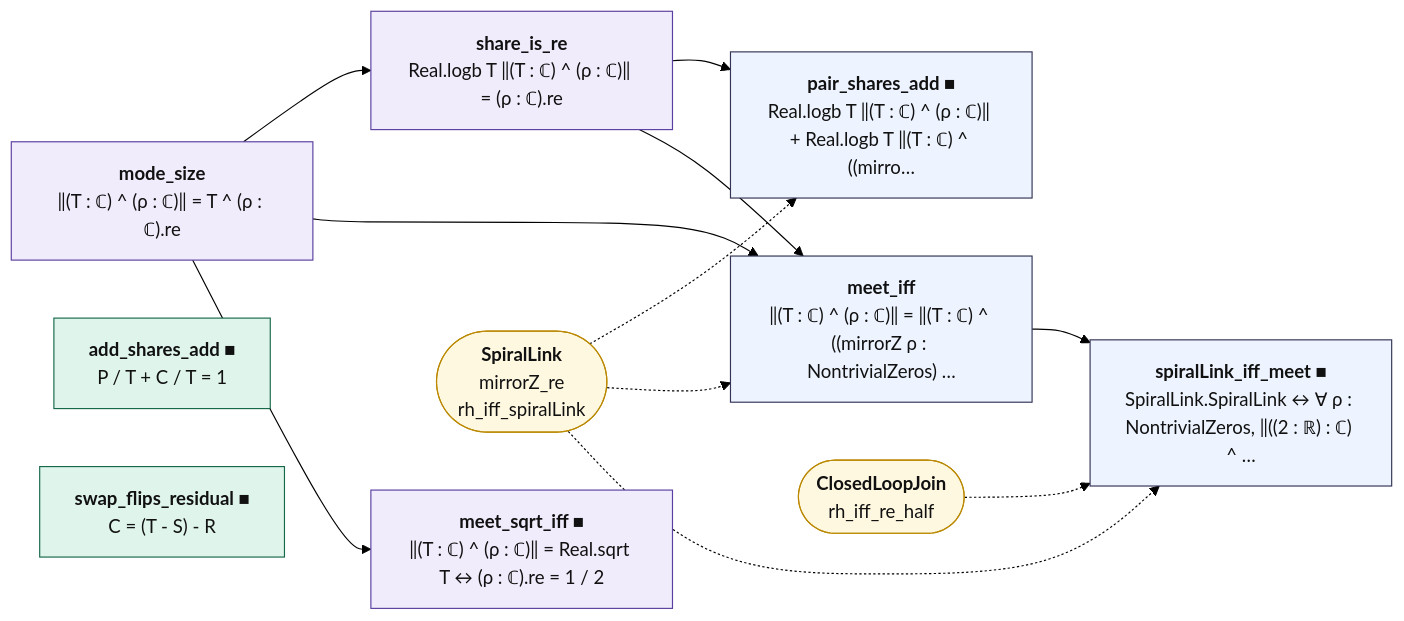
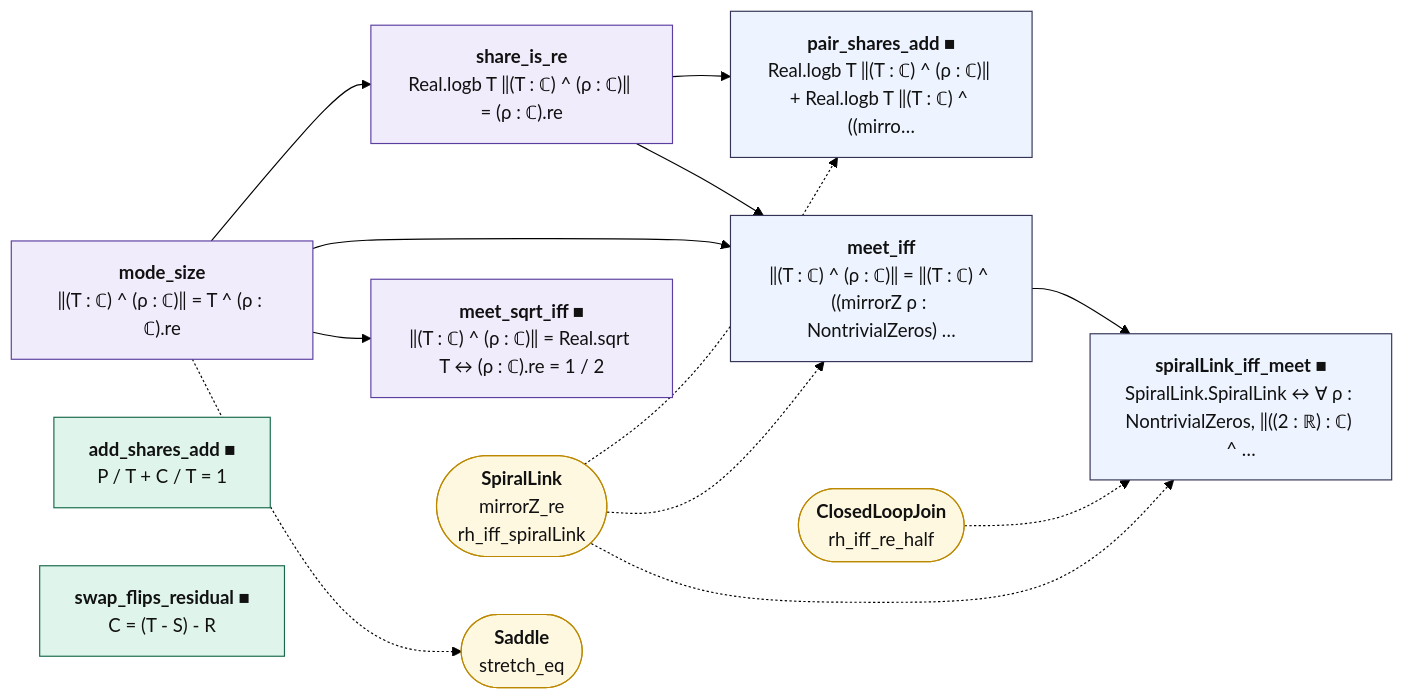
Before and after one commit to juliansambranojr/Primebeat_081426: the diagram in map/lean_stage3/ShareLink.mmd, drawn with Mermaid (forest theme). The commit also changed 38 other files, not shown here.

First line of the commit message:
Block J7: stretch and fold; a zero off the line is a saddle and the staircase runs away (unit 0495)

```diff
--- a/map/lean_stage3/ShareLink.mmd
+++ b/map/lean_stage3/ShareLink.mmd
@@ -1,29 +1,31 @@
 flowchart LR
   n0["<b>mode_size</b><br/>‖(T : ℂ) ^ (ρ : ℂ)‖ = T ^ (ρ : ℂ).re"]:::shp
   n1["<b>share_is_re</b><br/>Real.logb T ‖(T : ℂ) ^ (ρ : ℂ)‖ = (ρ : ℂ).re"]:::shp
   n2["<b>pair_shares_add ■</b><br/>Real.logb T ‖(T : ℂ) ^ (ρ : ℂ)‖ + Real.logb T ‖(T : ℂ) ^ ((mirro…"]:::thm
   n3["<b>add_shares_add ■</b><br/>P / T + C / T = 1"]:::cnt
   n4["<b>meet_iff</b><br/>‖(T : ℂ) ^ (ρ : ℂ)‖ = ‖(T : ℂ) ^ ((mirrorZ ρ : NontrivialZeros) …"]:::thm
   n5["<b>meet_sqrt_iff ■</b><br/>‖(T : ℂ) ^ (ρ : ℂ)‖ = Real.sqrt T ↔ (ρ : ℂ).re = 1 / 2"]:::shp
   n6["<b>swap_flips_residual ■</b><br/>C = (T - S) - R"]:::cnt
   n7["<b>spiralLink_iff_meet ■</b><br/>SpiralLink.SpiralLink ↔ ∀ ρ : NontrivialZeros, ‖((2 : ℝ) : ℂ) ^ …"]:::thm
-  x0(["<b>SpiralLink</b><br/>mirrorZ_re<br/>rh_iff_spiralLink"]):::ext
-  x1(["<b>ClosedLoopJoin</b><br/>rh_iff_re_half"]):::ext
+  x0(["<b>Saddle</b><br/>stretch_eq"]):::ext
+  x1(["<b>SpiralLink</b><br/>mirrorZ_re<br/>rh_iff_spiralLink"]):::ext
+  x2(["<b>ClosedLoopJoin</b><br/>rh_iff_re_half"]):::ext
   n0 --> n1
   n0 --> n4
   n0 --> n5
   n1 --> n2
   n1 --> n4
   n4 --> n7
-  x0 -.-> n2
-  x0 -.-> n4
-  x0 -.-> n7
+  n0 -.-> x0
+  x1 -.-> n2
+  x1 -.-> n4
   x1 -.-> n7
+  x2 -.-> n7
   classDef cnt fill:#dff5ec,stroke:#17694a,color:#111
   classDef shp fill:#f1ecfb,stroke:#5b3fa0,color:#111
   classDef rh fill:#ffe5e5,stroke:#c22,color:#111,stroke-width:2px
   classDef thm fill:#eef4ff,stroke:#335,color:#111
   classDef end_ fill:#e7f7e7,stroke:#2a7,color:#111,stroke-width:2px
   classDef lone fill:#fff,stroke:#999,color:#111,stroke-dasharray:4 3
   classDef bad fill:#ffe5e5,stroke:#c22,color:#111,stroke-width:2px
   classDef ext fill:#fff8e1,stroke:#b80,color:#111
```
